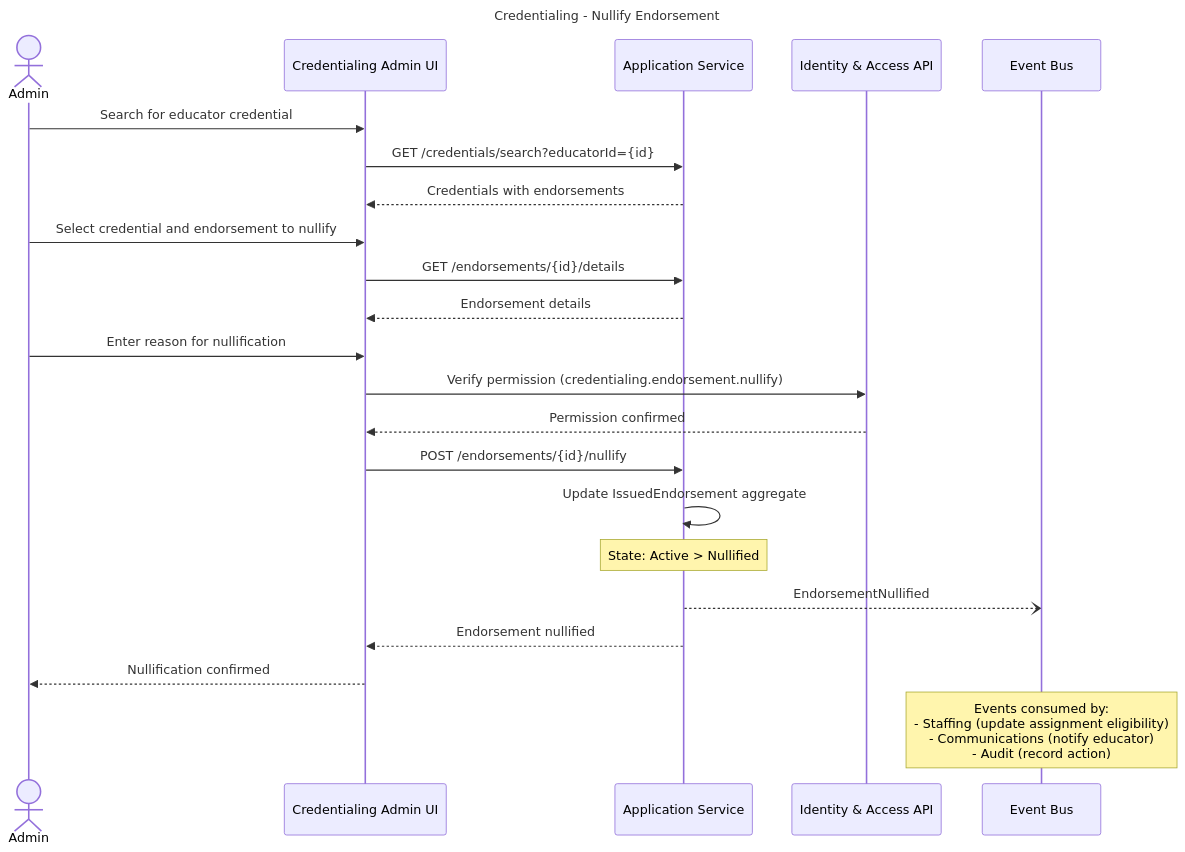
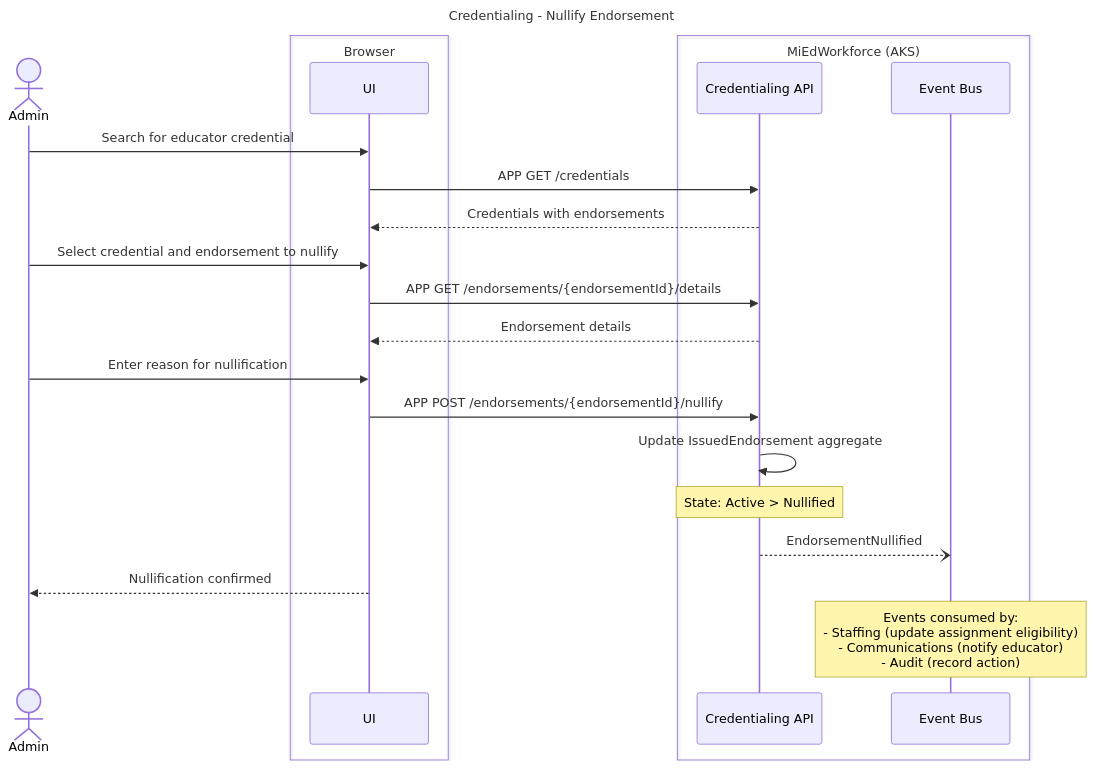
Before and after one commit to mnichols-dl/mied-design: diagram 14 of 23 in working-docs/solution-areas/credentialing/credentialing-sequences.md, drawn with Mermaid. The commit also changed other lines of this file and 34 other files, not shown here.

Commit message:
Update sequences and perform RTM assessment

````diff
--- a/working-docs/solution-areas/credentialing/credentialing-sequences.md
+++ b/working-docs/solution-areas/credentialing/credentialing-sequences.md
@@ -742,34 +882,33 @@
 ```mermaid
 ---
 title: Credentialing - Nullify Endorsement
 ---
 sequenceDiagram
     actor Admin
-    participant UI as Credentialing Admin UI
-    participant AppService as Application Service
-    participant IAM as Identity & Access API
-    participant EventBus as Event Bus
-    
+    box Browser
+        participant UI
+    end
+    box MiEdWorkforce (AKS)
+        participant CredApi as Credentialing API
+        participant EventBus as Event Bus
+    end
+
     Admin->>UI: Search for educator credential
-    UI->>AppService: GET /credentials/search?educatorId={id}
-    AppService-->>UI: Credentials with endorsements
-    
+    UI->>CredApi: APP GET /credentials
+    CredApi-->>UI: Credentials with endorsements
+
     Admin->>UI: Select credential and endorsement to nullify
-    UI->>AppService: GET /endorsements/{id}/details
-    AppService-->>UI: Endorsement details
-    
+    UI->>CredApi: APP GET /endorsements/{endorsementId}/details
+    CredApi-->>UI: Endorsement details
+
     Admin->>UI: Enter reason for nullification
-    UI->>IAM: Verify permission (credentialing.endorsement.nullify)
-    IAM-->>UI: Permission confirmed
-    
-    UI->>AppService: POST /endorsements/{id}/nullify
-    AppService->>AppService: Update IssuedEndorsement aggregate
-    Note over AppService: State: Active > Nullified
-    
-    AppService--)EventBus: EndorsementNullified
-    
-    AppService-->>UI: Endorsement nullified
+    UI->>CredApi: APP POST /endorsements/{endorsementId}/nullify
+    CredApi->>CredApi: Update IssuedEndorsement aggregate
+    Note over CredApi: State: Active > Nullified
+
+    CredApi--)EventBus: EndorsementNullified
+
     UI-->>Admin: Nullification confirmed
-    
+
     Note over EventBus: Events consumed by:<br/>- Staffing (update assignment eligibility)<br/>- Communications (notify educator)<br/>- Audit (record action)
 ```
````
